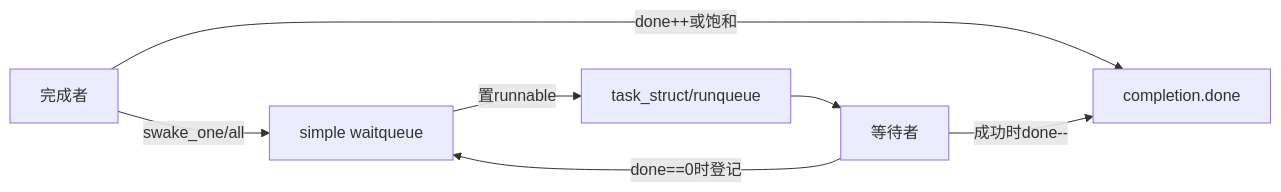
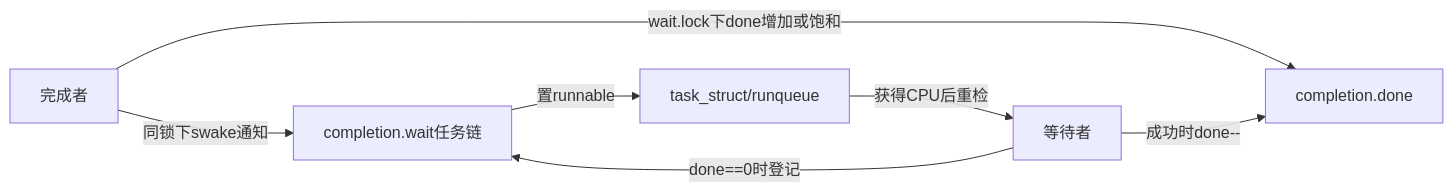
One commit to FormingSystem/linux_note changed the first of 2 diagrams in knowledge/linux/synchronization_and_asynchrony/synchronization/waiting_notification/P06_completion令牌状态与调用链.md. Above: the diagram before and after it, drawn with Mermaid. The commit also changed other lines of this file and 9 other files, not shown here.

````diff
--- a/knowledge/linux/synchronization_and_asynchrony/synchronization/waiting_notification/P06_completion令牌状态与调用链.md
+++ b/knowledge/linux/synchronization_and_asynchrony/synchronization/waiting_notification/P06_completion令牌状态与调用链.md
@@ -18,9 +20,9 @@
 ```mermaid
 flowchart LR
-    C["完成者"] -->|"done++或饱和"| D["completion.done"]
-    C -->|"swake_one/all"| Q["simple waitqueue"]
+    C["完成者"] -->|"wait.lock下done增加或饱和"| D["completion.done"]
+    C -->|"同锁下swake通知"| Q["completion.wait任务链"]
     W["等待者"] -->|"done==0时登记"| Q
     W -->|"成功时done--"| D
     Q -->|"置runnable"| T["task_struct/runqueue"]
-    T --> W
+    T -->|"获得CPU后重检"| W
 ```
````
